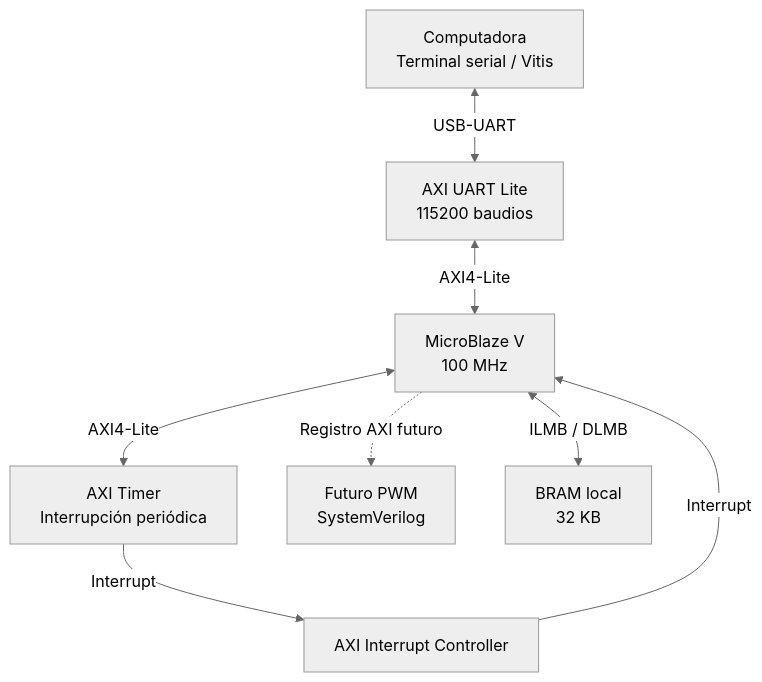
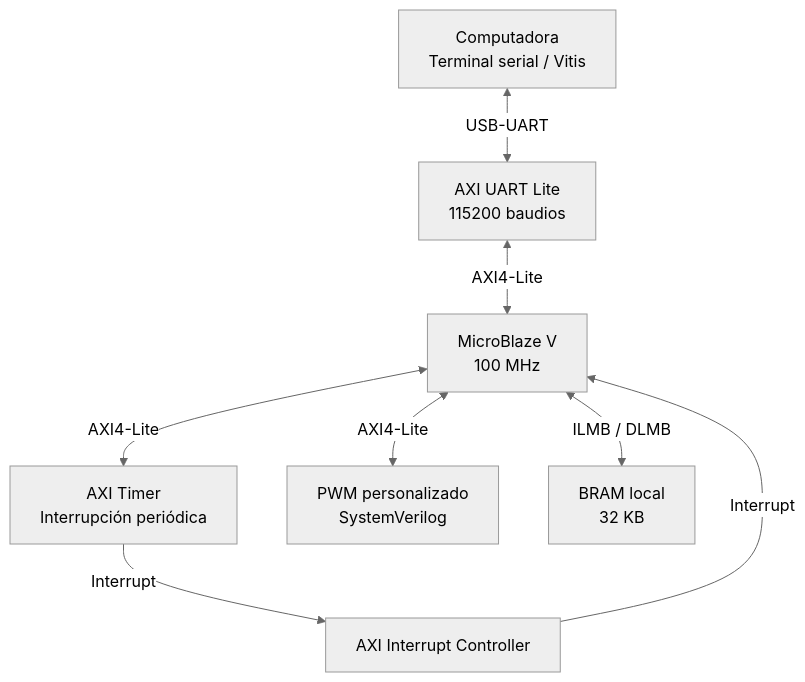
Before and after one commit to ee-herrerar/EL3313-Proyecto-4: the second of 3 diagrams in docs/diseno/diseno.md, drawn with Mermaid (neutral theme). The commit also changed other lines of this file and 2 other files, not shown here.

````diff
--- a/docs/diseno/diseno.md
+++ b/docs/diseno/diseno.md
@@ -19,18 +52,18 @@
 ```mermaid
 flowchart TD
     PC["Computadora<br/>Terminal serial / Vitis"]
     UART["AXI UART Lite<br/>115200 baudios"]
     CPU["MicroBlaze V<br/>100 MHz"]
     TIMER["AXI Timer<br/>Interrupción periódica"]
     INTC["AXI Interrupt Controller"]
-    PWM["Futuro PWM<br/>SystemVerilog"]
+    PWM["PWM personalizado<br/>SystemVerilog"]
     BRAM["BRAM local<br/>32 KB"]
 
     PC <-->|USB-UART| UART
     UART <-->|AXI4-Lite| CPU
     CPU <-->|ILMB / DLMB| BRAM
     CPU <-->|AXI4-Lite| TIMER
     TIMER -->|Interrupt| INTC
     INTC -->|Interrupt| CPU
-    CPU -.->|Registro AXI futuro| PWM
+    CPU <-->|AXI4-Lite| PWM
 ```
````
